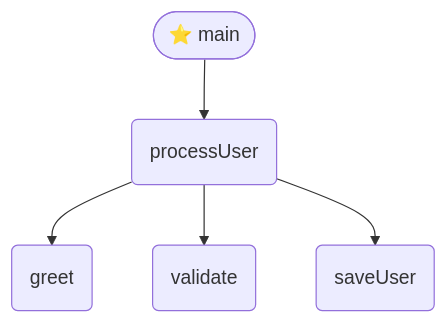
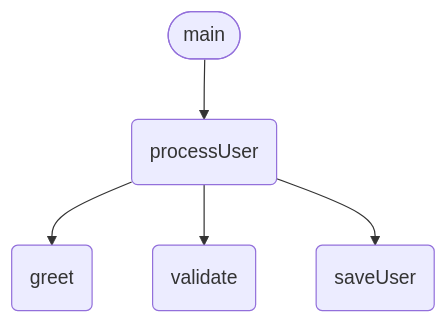
The first of 6 diagrams in README.md (peterfei/aicode2flow), drawn with Mermaid before and after one commit. The commit also changed other lines of this file and 23 other files, not shown here.

First line of the commit message:
feat: 主题系统 + Mermaid语法修复

````diff
--- a/README.md
+++ b/README.md
@@ -39,12 +39,12 @@
 ```mermaid
 flowchart TD
-  main(["⭐ main"])
+  main([main])
   greet("greet")
   validate("validate")
   processUser("processUser")
   saveUser("saveUser")
   processUser --> greet
   processUser --> validate
   processUser --> saveUser
   main --> processUser
 ```
````
